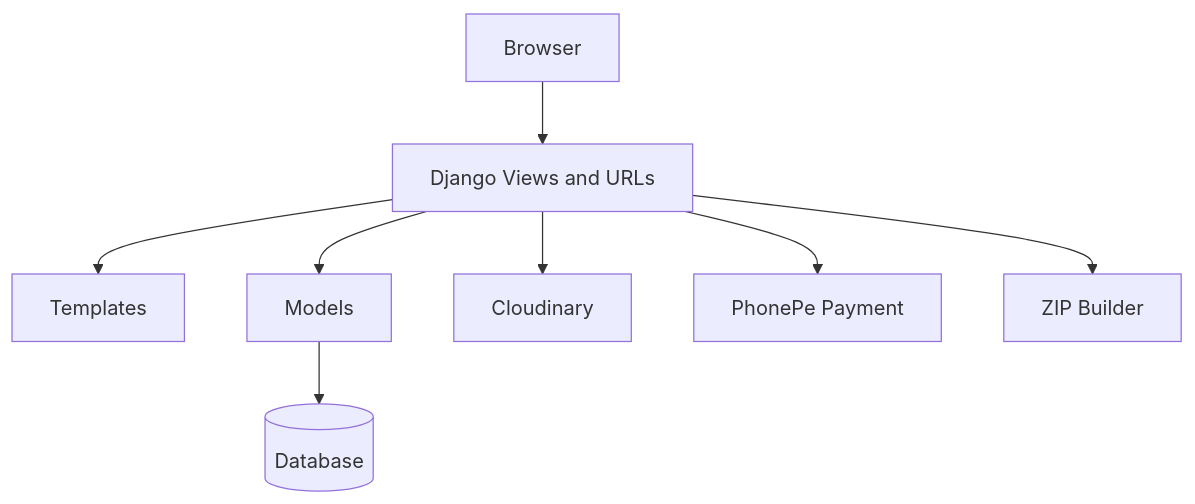
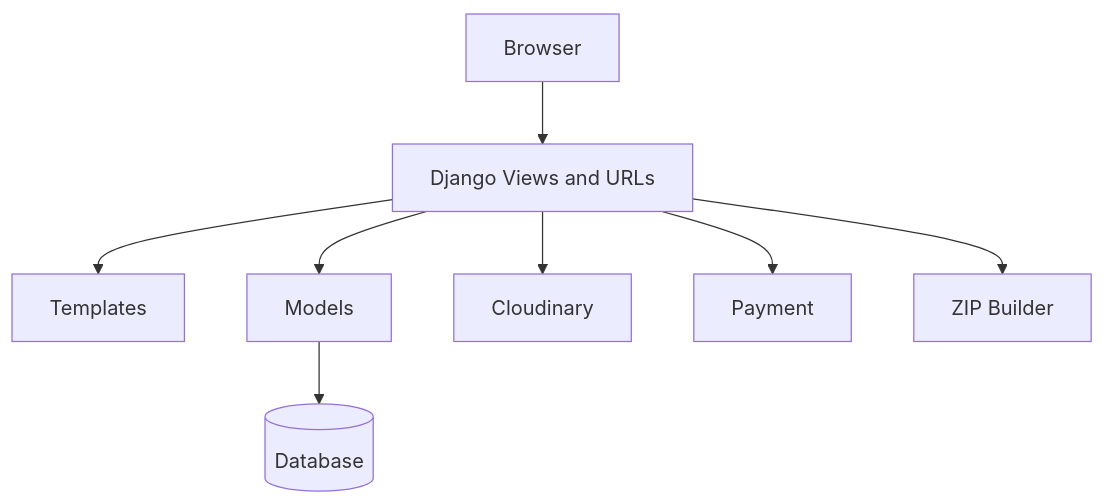
The second of 3 diagrams in project_domains/software-engineering/engineeringcollege-project/UML Diagrams/UML_DIAGRAMS.md (kvijanrk13/engineeringcollege), drawn with Mermaid before and after one commit. The commit also changed other lines of this file and 42 other files, not shown here.

Commit message:
Add UML diagrams and car price app view update

````diff
--- a/project_domains/software-engineering/engineeringcollege-project/UML Diagrams/UML_DIAGRAMS.md
+++ b/project_domains/software-engineering/engineeringcollege-project/UML Diagrams/UML_DIAGRAMS.md
@@ -26,19 +26,19 @@
 ```mermaid
 flowchart TB
     Browser[Browser]
     Django[Django Views and URLs]
     Templates[Templates]
     Models[Models]
     DB[(Database)]
     Cloudinary[Cloudinary]
-    Payments[PhonePe Payment]
+    Payments[Payment]
     ProjectZip[ZIP Builder]
 
     Browser --> Django
     Django --> Templates
     Django --> Models
     Models --> DB
     Django --> Cloudinary
     Django --> Payments
     Django --> ProjectZip
 ```
````
